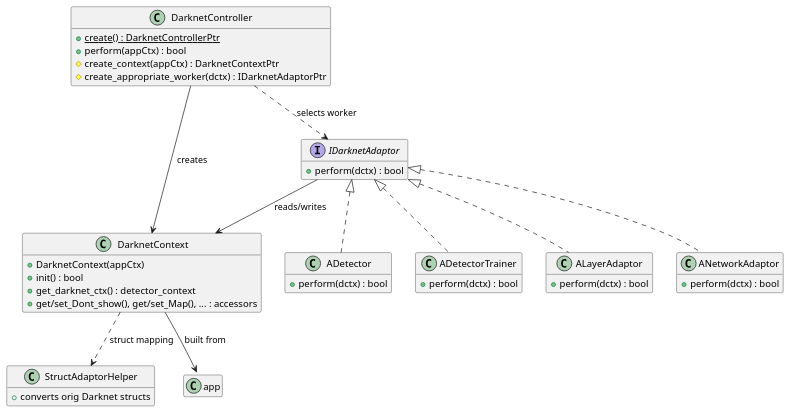
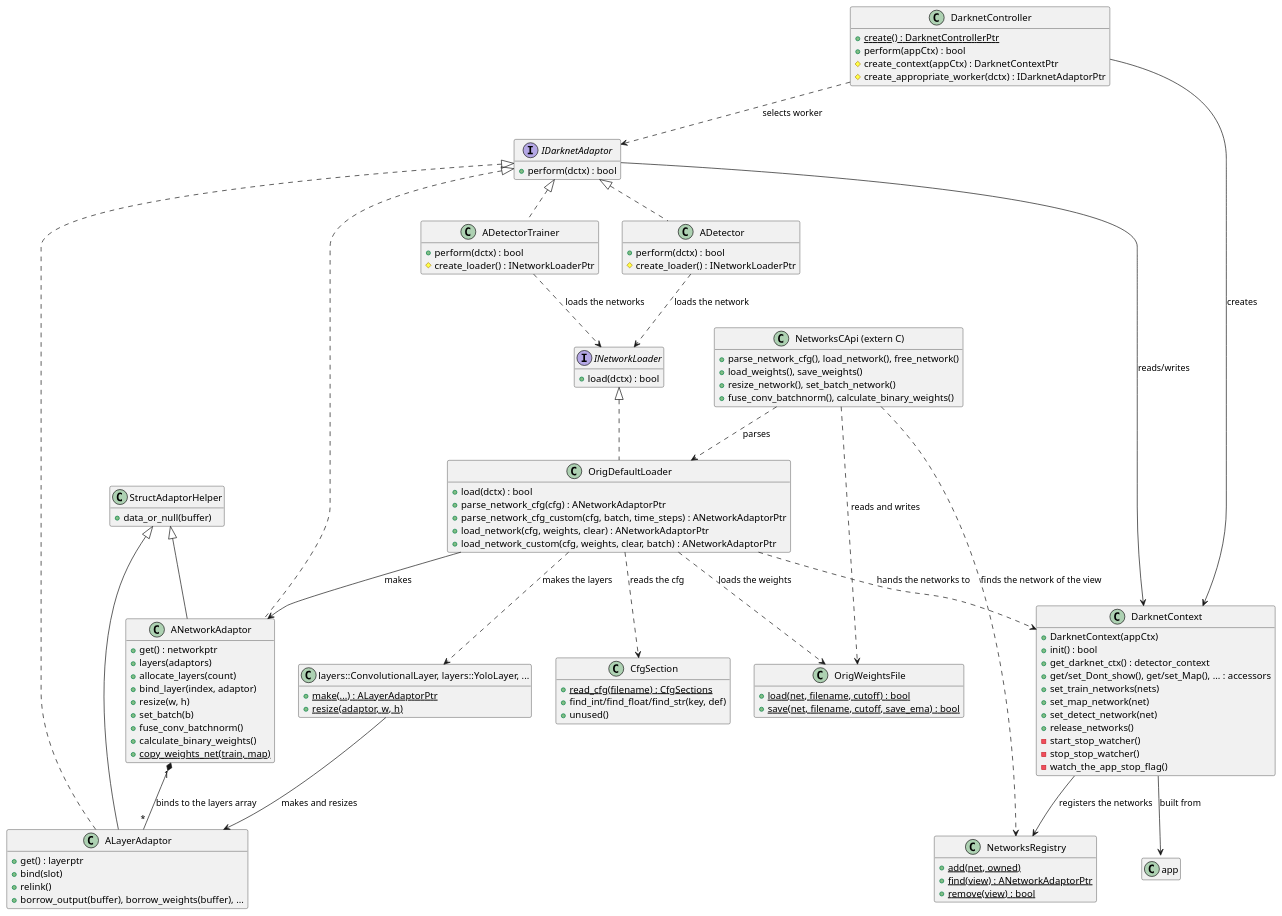
Before and after one commit to yuriysydor1991/darknetxx: the diagram in doc/sections/en_US/4-7-2-darknet-adaptor-components.md, drawn with PlantUML. The commit also changed other lines of this file and 493 other files, not shown here.

```diff
--- a/doc/sections/en_US/4-7-2-darknet-adaptor-components.md
+++ b/doc/sections/en_US/4-7-2-darknet-adaptor-components.md
@@ -23,6 +23,13 @@
   +init() : bool
   +get_darknet_ctx() : detector_context
   +get/set_Dont_show(), get/set_Map(), ... : accessors
+  +set_train_networks(nets)
+  +set_map_network(net)
+  +set_detect_network(net)
+  +release_networks()
+  -start_stop_watcher()
+  -stop_stop_watcher()
+  -watch_the_app_stop_flag()
 }
 
 interface IDarknetAdaptor {
@@ -31,29 +38,100 @@
 
 class ADetector {
   +perform(dctx) : bool
+  #create_loader() : INetworkLoaderPtr
 }
 class ADetectorTrainer {
   +perform(dctx) : bool
+  #create_loader() : INetworkLoaderPtr
 }
+
+interface INetworkLoader {
+  +load(dctx) : bool
+}
+
+class OrigDefaultLoader {
+  +load(dctx) : bool
+  +parse_network_cfg(cfg) : ANetworkAdaptorPtr
+  +parse_network_cfg_custom(cfg, batch, time_steps) : ANetworkAdaptorPtr
+  +load_network(cfg, weights, clear) : ANetworkAdaptorPtr
+  +load_network_custom(cfg, weights, clear, batch) : ANetworkAdaptorPtr
+}
+
+class CfgSection {
+  +{static} read_cfg(filename) : CfgSections
+  +find_int/find_float/find_str(key, def)
+  +unused()
+}
+
+class OrigWeightsFile {
+  +{static} load(net, filename, cutoff) : bool
+  +{static} save(net, filename, cutoff, save_ema) : bool
+}
+
+class ANetworkAdaptor {
+  +get() : networkptr
+  +layers(adaptors)
+  +allocate_layers(count)
+  +bind_layer(index, adaptor)
+  +resize(w, h)
+  +set_batch(b)
+  +fuse_conv_batchnorm()
+  +calculate_binary_weights()
+  +{static} copy_weights_net(train, map)
+}
+
 class ALayerAdaptor {
-  +perform(dctx) : bool
+  +get() : layerptr
+  +bind(slot)
+  +relink()
+  +borrow_output(buffer), borrow_weights(buffer), ...
 }
-class ANetworkAdaptor {
-  +perform(dctx) : bool
+
+class "layers::ConvolutionalLayer, layers::YoloLayer, ..." as Layers {
+  +{static} make(...) : ALayerAdaptorPtr
+  +{static} resize(adaptor, w, h)
+}
+
+class NetworksRegistry {
+  +{static} add(net, owned)
+  +{static} find(view) : ANetworkAdaptorPtr
+  +{static} remove(view) : bool
+}
+
+class "NetworksCApi (extern C)" as NetworksCApi {
+  +parse_network_cfg(), load_network(), free_network()
+  +load_weights(), save_weights()
+  +resize_network(), set_batch_network()
+  +fuse_conv_batchnorm(), calculate_binary_weights()
 }
 
 class StructAdaptorHelper {
-  +converts orig Darknet structs
+  +data_or_null(buffer)
 }
 
 IDarknetAdaptor <|.. ADetector
 IDarknetAdaptor <|.. ADetectorTrainer
 IDarknetAdaptor <|.. ALayerAdaptor
 IDarknetAdaptor <|.. ANetworkAdaptor
+INetworkLoader <|.. OrigDefaultLoader
+StructAdaptorHelper <|-- ALayerAdaptor
+StructAdaptorHelper <|-- ANetworkAdaptor
 
 DarknetController --> DarknetContext : creates
 DarknetController ..> IDarknetAdaptor : selects worker
 IDarknetAdaptor --> DarknetContext : reads/writes
-DarknetContext ..> StructAdaptorHelper : struct mapping
+ADetector ..> INetworkLoader : loads the network
+ADetectorTrainer ..> INetworkLoader : loads the networks
+OrigDefaultLoader ..> CfgSection : reads the cfg
+OrigDefaultLoader ..> Layers : makes the layers
+OrigDefaultLoader ..> OrigWeightsFile : loads the weights
+OrigDefaultLoader --> ANetworkAdaptor : makes
+OrigDefaultLoader ..> DarknetContext : hands the networks to
+Layers --> ALayerAdaptor : makes and resizes
+ANetworkAdaptor "1" *-- "*" ALayerAdaptor : binds to the layers array
+DarknetContext --> NetworksRegistry : registers the networks
+NetworksCApi ..> NetworksRegistry : finds the network of the view
+NetworksCApi ..> OrigDefaultLoader : parses
+NetworksCApi ..> OrigWeightsFile : reads and writes
 DarknetContext --> "app::ApplicationContext" : built from
 @enduml
```
